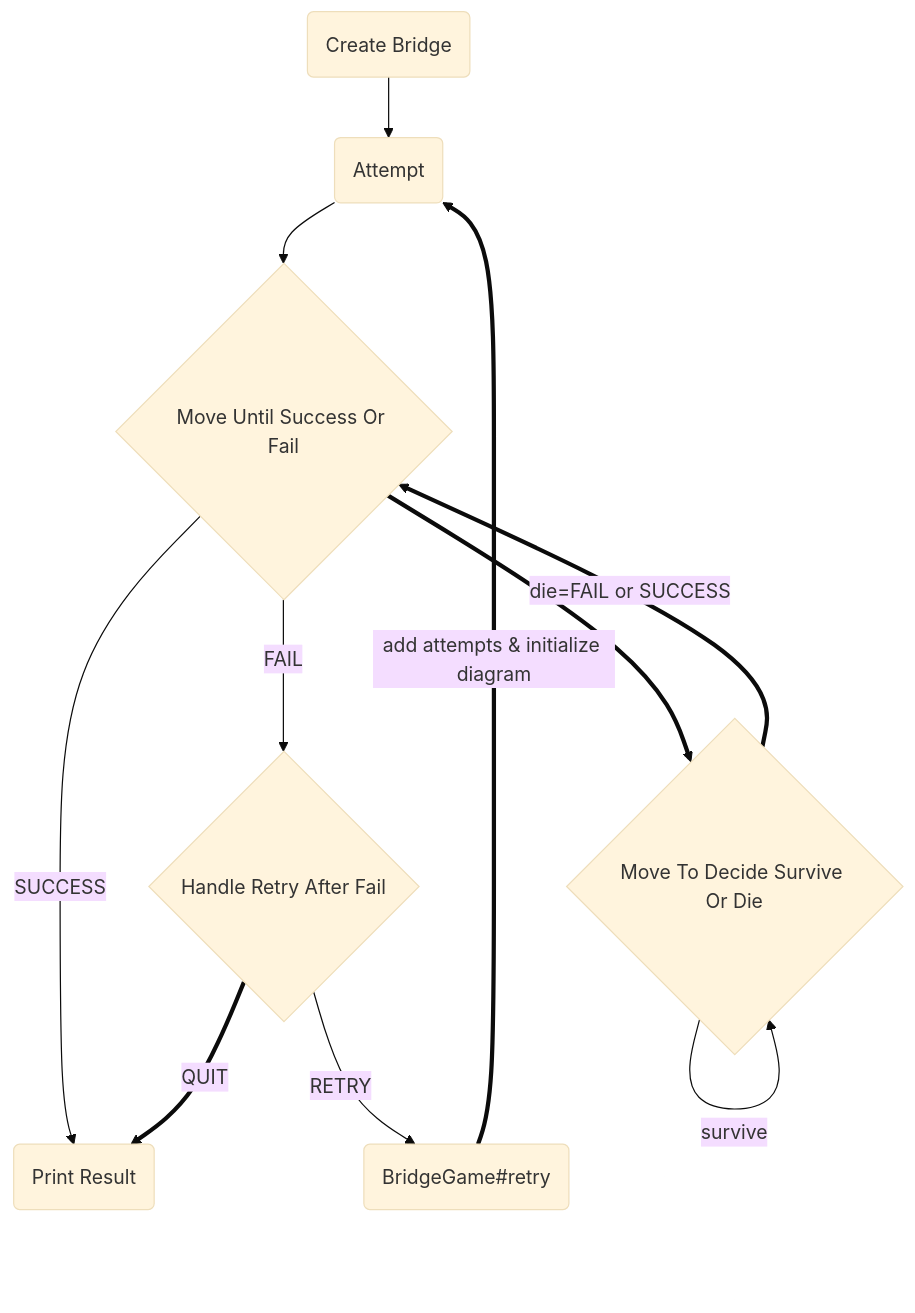
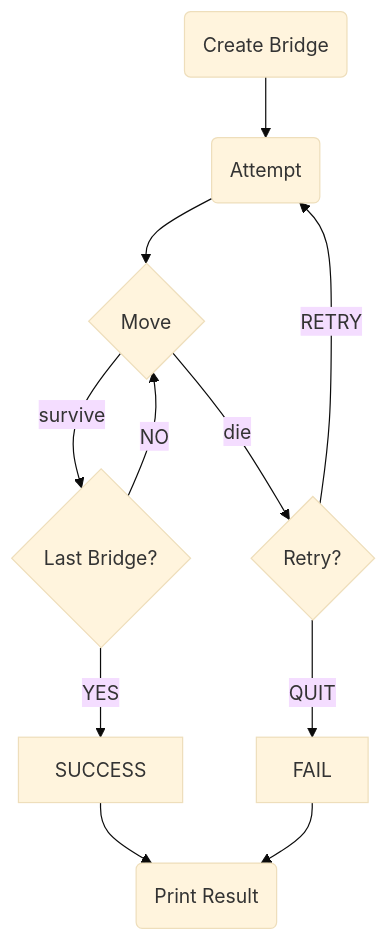
One commit to woowacourse-precourse/java-bridge changed the diagram in README.md. Above: the diagram before and after it, drawn with Mermaid (base theme).

Commit message:
docs: 게임 플로우차트 수정

````diff
--- a/README.md
+++ b/README.md
@@ -5,14 +5,13 @@
 ```mermaid
 graph TD
 A(Create Bridge) --> B(Attempt)
-B --> C{Move Until Success Or Fail}
-C ==> D{Move To Decide Survive Or Die}
-D --> |survive|D
-D ==> |die=FAIL or SUCCESS|C
-C --> |SUCCESS|G(Print Result)
-C --> |FAIL|E{Handle Retry After Fail}
-E --> |RETRY|F(BridgeGame#retry)
-F ==> |add attempts & initialize diagram|B
-E ==> |QUIT|G
-
+B --> C{Move}
+C --> |survive|D{Last Bridge?}
+D --> |YES|G[SUCCESS]
+D --> |NO|C
+C --> |die|E{Retry?}
+E --> |QUIT|F[FAIL]
+E --> |RETRY|B
+G --> I(Print Result)
+F --> I
 ```
````
